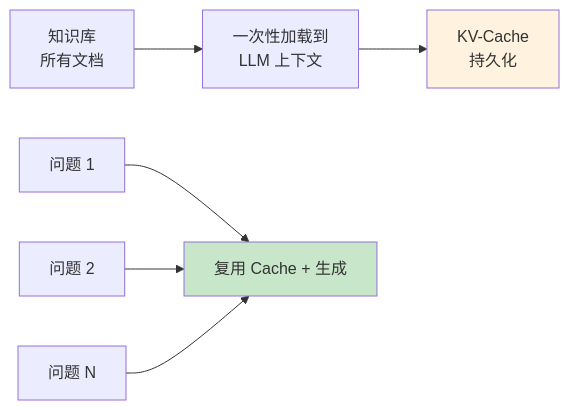
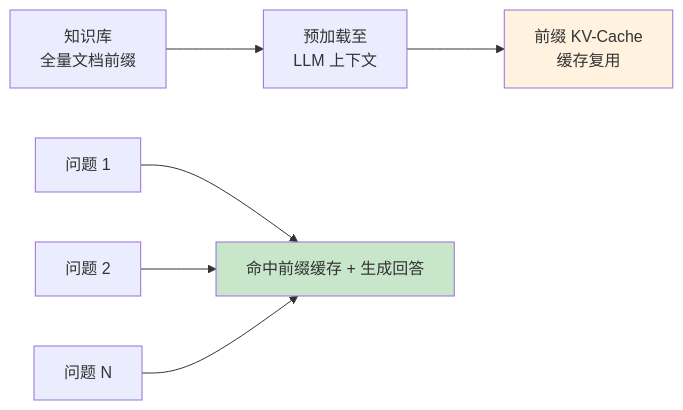
Before and after one commit to GuoWWWX/knowledge-base: the fourth of 14 diagrams in 10-AI应用开发/00-总览/AI应用开发学习路径.md, drawn with Mermaid. The commit also changed other lines of this file and 251 other files, not shown here.

````diff
--- a/10-AI应用开发/00-总览/AI应用开发学习路径.md
+++ b/10-AI应用开发/00-总览/AI应用开发学习路径.md
@@ -698,11 +673,11 @@
 ```mermaid
 flowchart LR
-    A[知识库<br/>所有文档] --> B[一次性加载到<br/>LLM 上下文]
-    B --> C[KV-Cache<br/>持久化]
-    D[问题 1] --> E[复用 Cache + 生成]
+    A[知识库<br/>全量文档前缀] --> B[预加载至<br/>LLM 上下文]
+    B --> C[前缀 KV-Cache<br/>缓存复用]
+    D[问题 1] --> E[命中前缀缓存 + 生成回答]
     F[问题 2] --> E
     G[问题 N] --> E
     
     style C fill:#fff3e0
     style E fill:#c8e6c9
 ```
````
